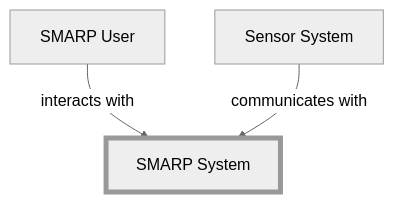
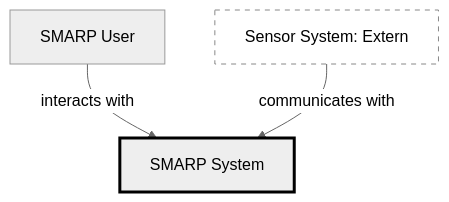
The diagram in docs/charts/C4_Level_1_Context.md (teko-smart-parking/smart-parking), drawn with Mermaid (neutral theme) before and after one commit. The commit also changed other lines of this file, not shown here.

````diff
--- a/docs/charts/C4_Level_1_Context.md
+++ b/docs/charts/C4_Level_1_Context.md
@@ -3,8 +3,9 @@
 ```mermaid
 graph TD
     A[SMARP System]:::thickBorder
     B[SMARP User] -->|interacts with| A
-    C[Sensor System] -->|communicates with| A
+    C[Sensor System: Extern]:::external -->|communicates with| A
 
-    classDef thickBorder stroke-width:5px,stroke:#1;
+    classDef thickBorder stroke-width:3px,stroke:#000;
+    classDef external stroke-dasharray: 5 5, fill:none, stroke:#888;
 ```
````
